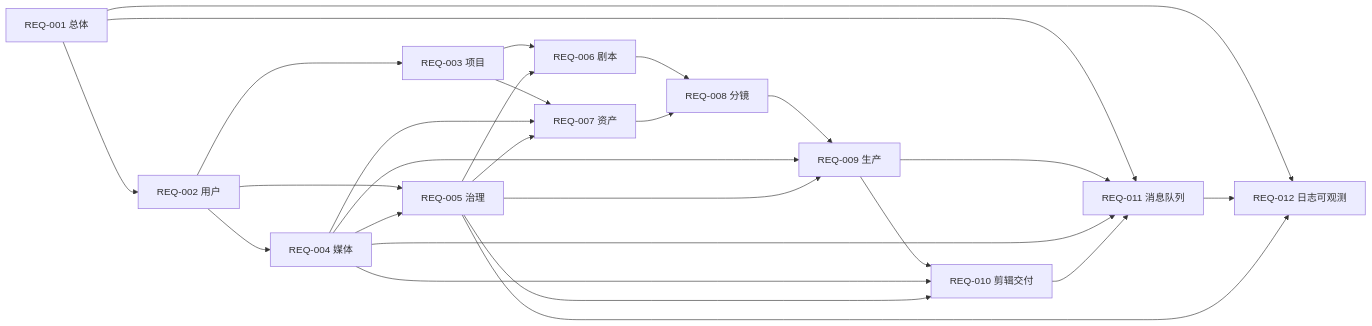
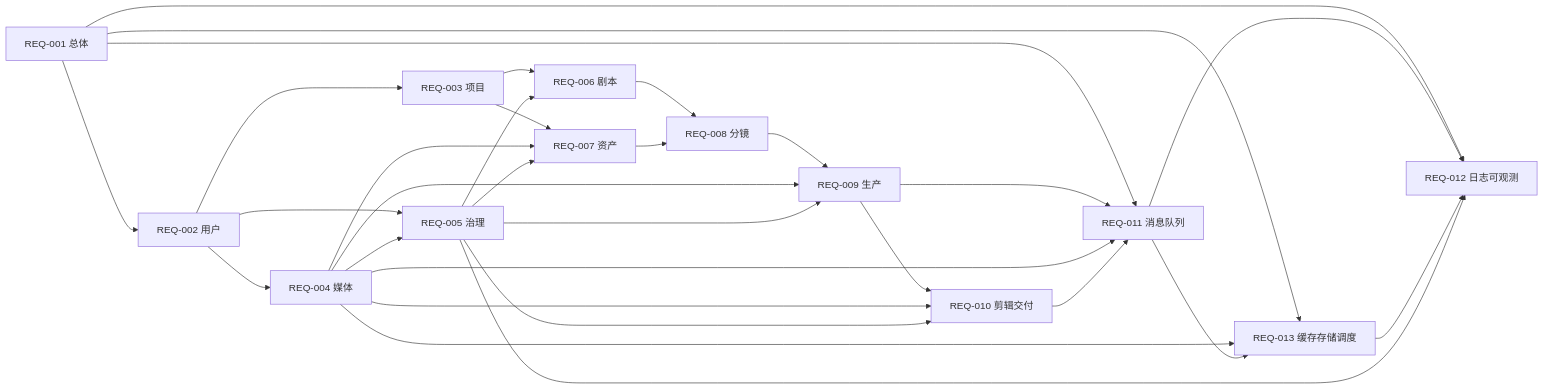
One commit to StephenQiu30/lanverse changed the diagram in docs/requirement/需求索引.md. Above: the diagram before and after it, drawn with Mermaid. The commit also changed other lines of this file and 15 other files, not shown here.

````diff
--- a/docs/requirement/需求索引.md
+++ b/docs/requirement/需求索引.md
@@ -28,24 +29,28 @@
 ```mermaid
 flowchart LR
     O[REQ-001 总体] --> I[REQ-002 用户]
     I --> P[REQ-003 项目] & M[REQ-004 媒体] & G[REQ-005 治理]
     M --> G
     P --> S[REQ-006 剧本] & A[REQ-007 资产]
     M --> A
     G --> S & A
     S --> B[REQ-008 分镜]
     A --> B
     B --> R[REQ-009 生产]
     M --> R
     G --> R
     R --> E[REQ-010 剪辑交付]
     M --> E
     G --> E
     O --> Q
     R --> Q[REQ-011 消息队列]
     M --> Q
     E --> Q
+    O --> F
+    M --> F
+    Q --> F[REQ-013 缓存存储调度]
     O --> L
     Q --> L[REQ-012 日志可观测]
+    F --> L
     G --> L
 ```
````
